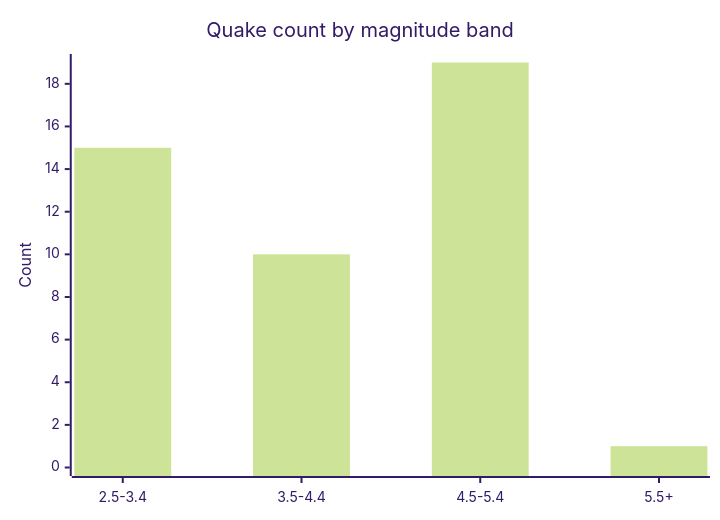
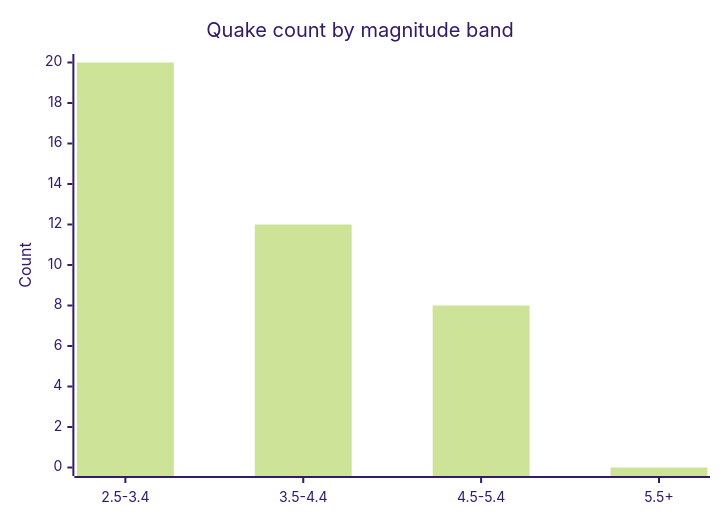
Before and after one commit to Midwest-Stratospheric/aerostratospheric-defense-gir: the fifth of 6 diagrams in docs/GRAPHS.md, drawn with Mermaid (forest theme). The commit also changed other lines of this file and 23 other files, not shown here.

````diff
--- a/docs/GRAPHS.md
+++ b/docs/GRAPHS.md
@@ -82,7 +82,7 @@
 ```mermaid
 xychart-beta
   title "Quake count by magnitude band"
   x-axis ["2.5-3.4", "3.5-4.4", "4.5-5.4", "5.5+"]
-  y-axis "Count" 0 --> 19
-  bar [15, 10, 19, 1]
+  y-axis "Count" 0 --> 20
+  bar [20, 12, 8, 0]
 ```
````
